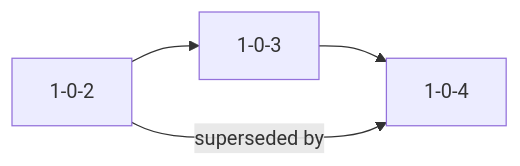
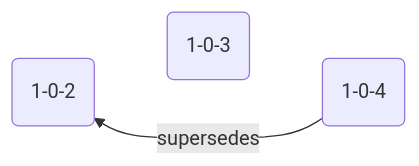
Before and after one commit to snowplow/documentation: the ninth of 11 diagrams in docs/understanding-tracking-design/versioning-your-data-structures/amending/index.md, drawn with Mermaid. The commit also changed other lines of this file, not shown here.

````diff
--- a/docs/understanding-tracking-design/versioning-your-data-structures/amending/index.md
+++ b/docs/understanding-tracking-design/versioning-your-data-structures/amending/index.md
@@ -296,5 +322,6 @@
 ```mermaid
-flowchart LR
-  v102["1-0-2"] --> v103["1-0-3"] --> v104["1-0-4"]
-  v102["1-0-2"] -- "superseded by" --> v104["1-0-4"]
+flowchart RL
+  v104("1-0-4") --- v103("1-0-3") --- v102("1-0-2")
+  v104 -->|supersedes| v102
+  linkStyle 0,1 stroke:none,fill:none
 ```
````
